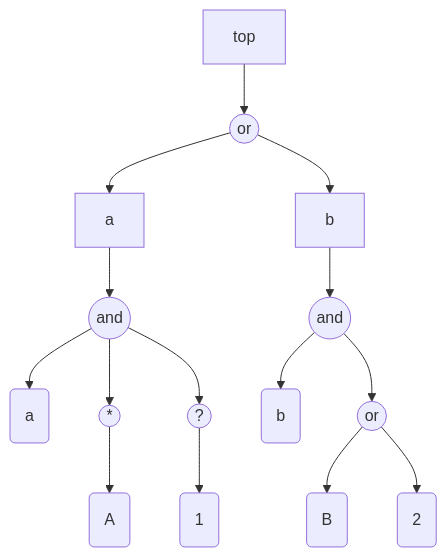
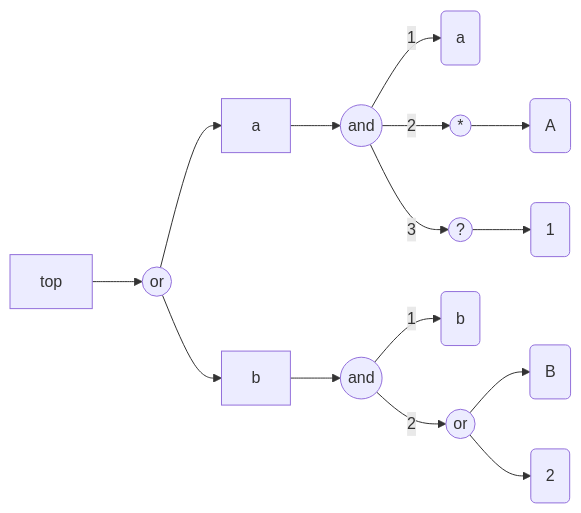
One commit to antononcube/Raku-FunctionalParsers changed the first of 3 diagrams in README.md. Above: the diagram before and after it, drawn with Mermaid. The commit also changed other lines of this file and 1 other file, not shown here.

````diff
--- a/README.md
+++ b/README.md
@@ -304,32 +304,32 @@
 ```mermaid
-graph TD
+graph LR
+	NT:a["a"]
+	T:a("a")
+	T:b("b")
+	T:B("B")
+	alt1((or))
 	seq12((and))
-	NT:a["a"]
-	T:b("b")
+	alt14((or))
+	T:2("2")
+	NT:b["b"]
+	opt9((?))
+	seq5((and))
+	rep7((*))
+	T:1("1")
 	NT:top["top"]
 	T:A("A")
-	rep7((*))
-	T:1("1")
-	T:2("2")
-	alt14((or))
-	opt9((?))
-	T:B("B")
-	NT:b["b"]
-	seq5((and))
-	T:a("a")
-	alt1((or))
 	alt1 --> NT:a
 	alt1 --> NT:b
 	NT:top --> alt1
 	rep7 --> T:A
 	opt9 --> T:1
-	seq5 --> T:a
-	seq5 --> rep7
-	seq5 --> opt9
+	seq5 --> |1|T:a
+	seq5 --> |2|rep7
+	seq5 --> |3|opt9
 	NT:a --> seq5
 	alt14 --> T:B
 	alt14 --> T:2
-	seq12 --> T:b
-	seq12 --> alt14
+	seq12 --> |1|T:b
+	seq12 --> |2|alt14
 	NT:b --> seq12
 ```
````
